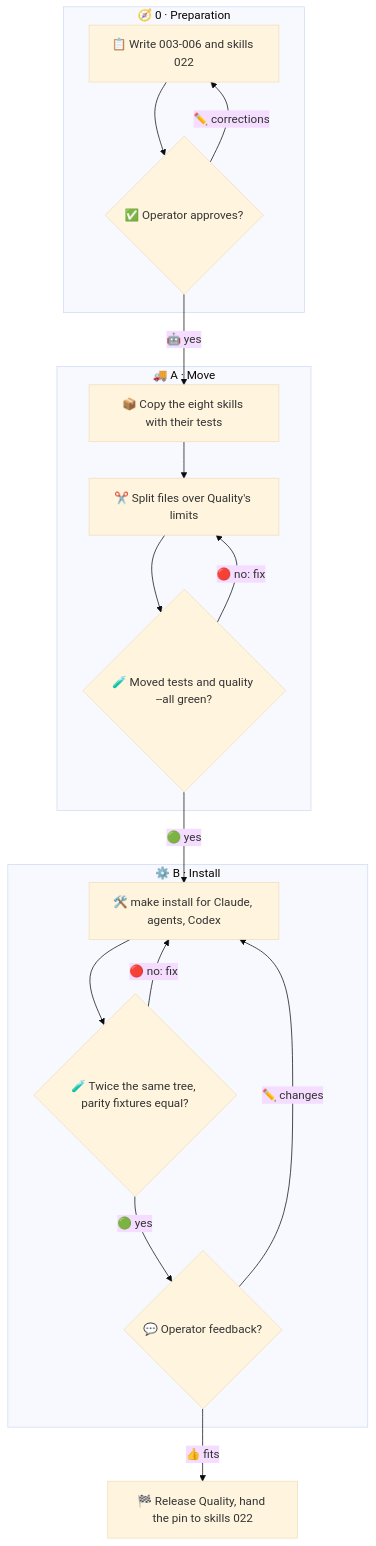
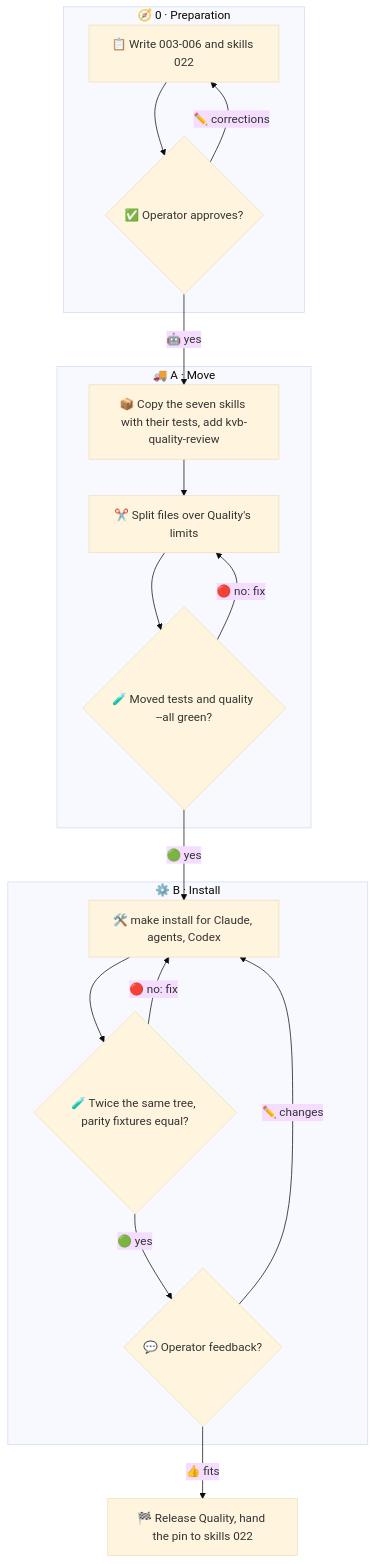
One commit to infinito-nexus/quality changed the diagram in docs/requirements/003-analysis-skills-in-quality.md. Above: the diagram before and after it, drawn with Mermaid (base theme). The commit also changed other lines of this file, not shown here.

First line of the commit message:
docs(requirements): amend 003 with kvb-quality-review, helpers and Exception rule

````diff
--- a/docs/requirements/003-analysis-skills-in-quality.md
+++ b/docs/requirements/003-analysis-skills-in-quality.md
@@ -20,21 +22,21 @@
 ```mermaid
 flowchart TD
     subgraph P["🧭 0 · Preparation"]
         P1["📋 Write 003-006 and skills 022"] --> P2{"✅ Operator approves?"}
         P2 -- "✏️ corrections" --> P1
     end
     P2 -- "🤖 yes" --> A1
     subgraph A["🚚 A · Move"]
-        A1["📦 Copy the eight skills with their tests"] --> A2["✂️ Split files over Quality's limits"]
+        A1["📦 Copy the seven skills with their tests, add kvb-quality-review"] --> A2["✂️ Split files over Quality's limits"]
         A2 --> A3{"🧪 Moved tests and quality --all green?"}
         A3 -- "🔴 no: fix" --> A2
     end
     A3 -- "🟢 yes" --> B1
     subgraph B["⚙️ B · Install"]
         B1["🛠️ make install for Claude, agents, Codex"] --> B2{"🧪 Twice the same tree, parity fixtures equal?"}
         B2 -- "🔴 no: fix" --> B1
         B2 -- "🟢 yes" --> BF{"💬 Operator feedback?"}
         BF -- "✏️ changes" --> B1
     end
     BF -- "👍 fits" --> D1["🏁 Release Quality, hand the pin to skills 022"]
 ```
````
